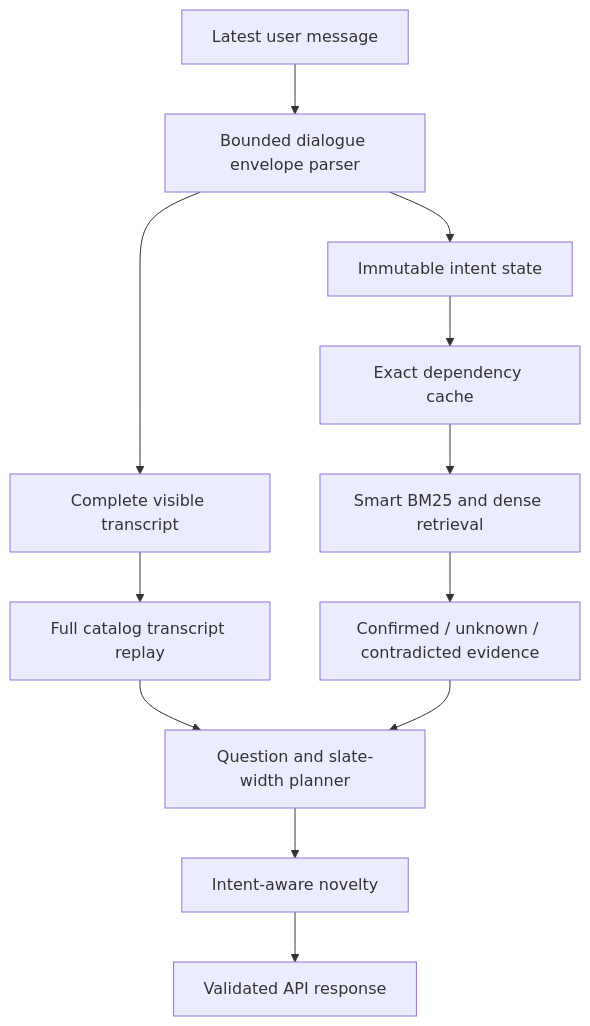
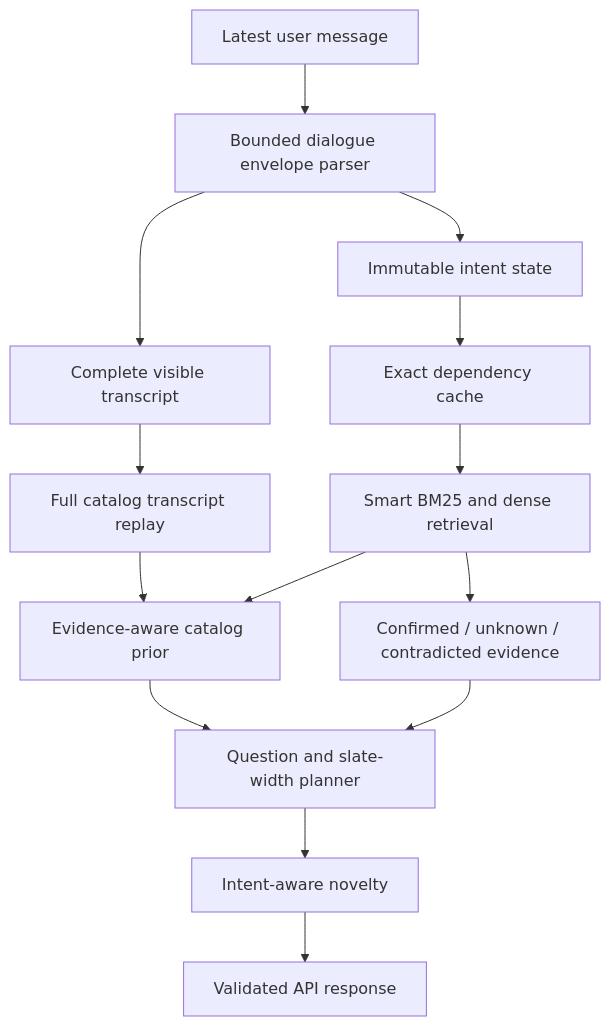
One commit to i-anything/TTSC changed the diagram in docs/ARCHITECTURE.md. Above: the diagram before and after it, drawn with Mermaid. The commit also changed other lines of this file and 8 other files, not shown here.

````diff
--- a/docs/ARCHITECTURE.md
+++ b/docs/ARCHITECTURE.md
@@ -6,14 +6,16 @@
 ```mermaid
 flowchart TD
     U[Latest user message] --> L[Bounded dialogue envelope parser]
     L --> S[Immutable intent state]
     L --> T[Complete visible transcript]
     S --> C[Exact dependency cache]
     C --> R[Smart BM25 and dense retrieval]
     R --> E[Confirmed / unknown / contradicted evidence]
     T --> P[Full catalog transcript replay]
-    P --> W[Question and slate-width planner]
+    P --> B[Evidence-aware catalog prior]
+    R --> B
+    B --> W[Question and slate-width planner]
     E --> W
     W --> N[Intent-aware novelty]
     N --> A[Validated API response]
 ```
````
